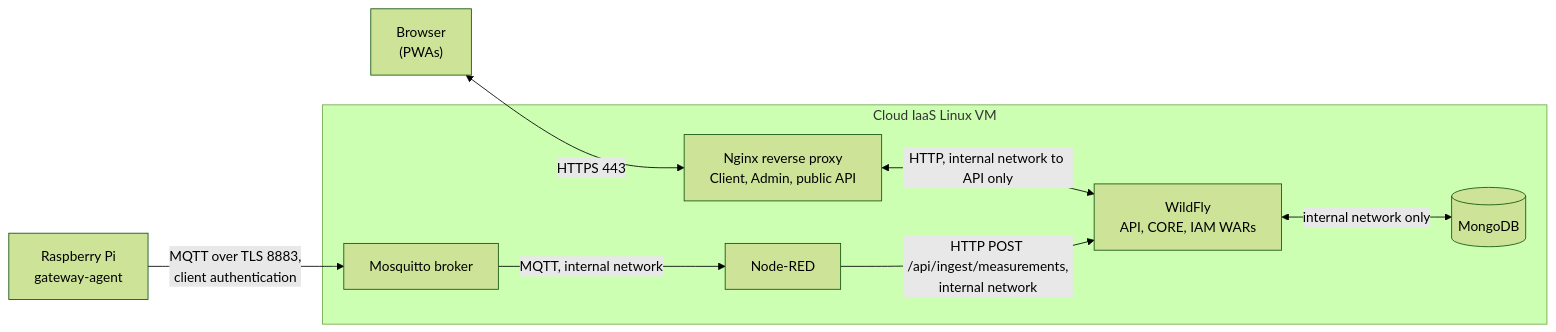
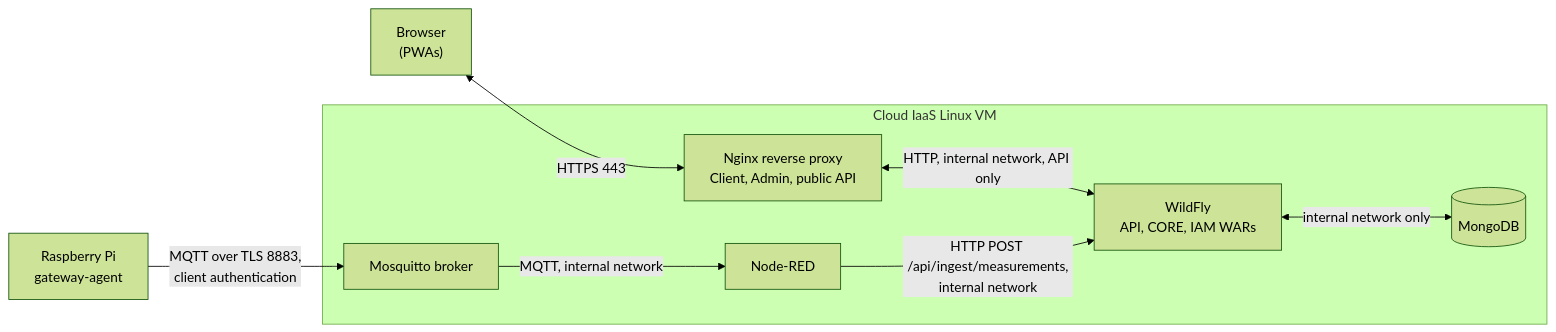
One commit to sourourjaouadi/SMART-MUSEUM changed the second of 2 diagrams in README.md. Above: the diagram before and after it, drawn with Mermaid (forest theme). The commit also changed other lines of this file, not shown here.

````diff
--- a/README.md
+++ b/README.md
@@ -100,20 +102,20 @@
 ```mermaid
 flowchart LR
     BROWSER["Browser<br/>(PWAs)"]
     GATEWAY["Raspberry Pi<br/>gateway-agent"]
 
     subgraph VM["Cloud IaaS Linux VM"]
         NGINX["Nginx reverse proxy<br/>Client, Admin, public API"]
         WILDFLY["WildFly<br/>API, CORE, IAM WARs"]
         BROKER["Mosquitto broker"]
         NODERED["Node-RED"]
         DB[("MongoDB")]
     end
 
     BROWSER <-->|"HTTPS 443"| NGINX
-    NGINX <-->|"HTTP, internal network to API only"| WILDFLY
+    NGINX <-->|"HTTP, internal network, API only"| WILDFLY
     GATEWAY -->|"MQTT over TLS 8883,<br/>client authentication"| BROKER
     BROKER -->|"MQTT, internal network"| NODERED
     NODERED -->|"HTTP POST /api/ingest/measurements,<br/>internal network"| WILDFLY
     WILDFLY <-->|"internal network only"| DB
 ```
````
